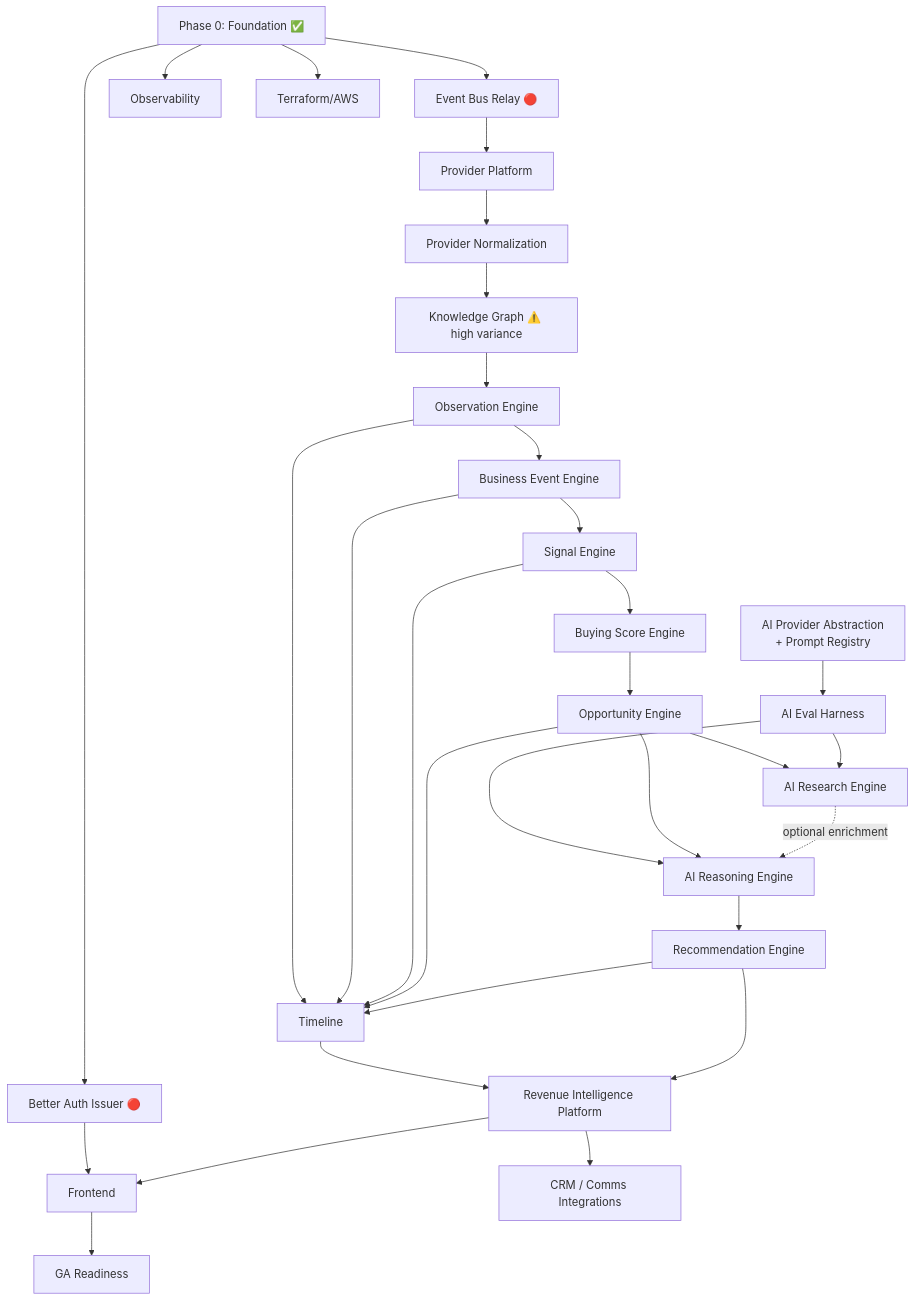
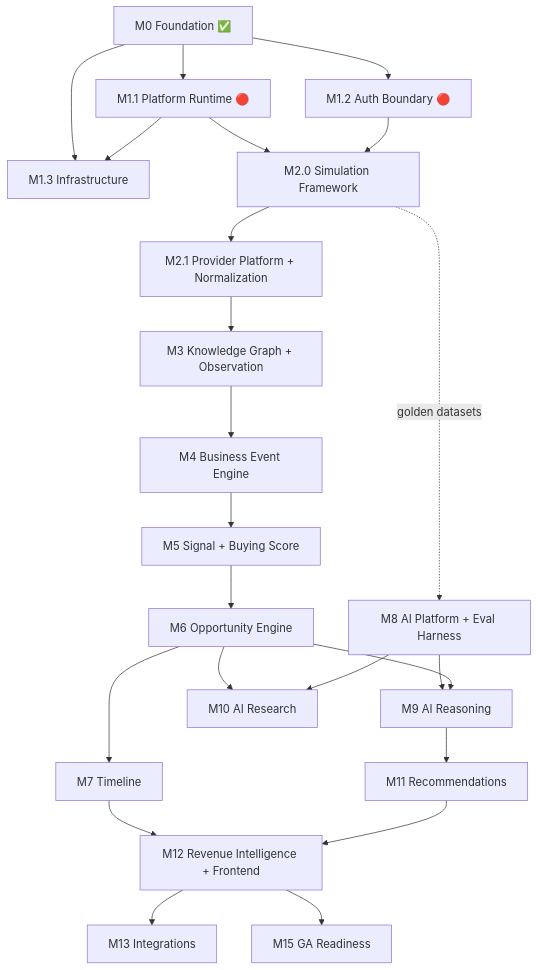
Before and after one commit to GaneshDabhade/Fortune_Signora: the diagram in IMPLEMENTATION_ROADMAP.md, drawn with Mermaid. The commit also changed other lines of this file and 1 other file, not shown here.

First line of the commit message:
Roadmap v2: split M1, add Provider Simulation Framework milestone

````diff
--- a/IMPLEMENTATION_ROADMAP.md
+++ b/IMPLEMENTATION_ROADMAP.md
@@ -232,37 +539,25 @@
 ```mermaid
 flowchart TD
-    P0[Phase 0: Foundation ✅] --> RELAY[Event Bus Relay 🔴]
-    P0 --> AUTH[Better Auth Issuer 🔴]
-    P0 --> OBS[Observability]
-    P0 --> IAC[Terraform/AWS]
-
-    RELAY --> PP[Provider Platform]
-    PP --> PN[Provider Normalization]
-    PN --> KG[Knowledge Graph ⚠️ high variance]
-    KG --> OE[Observation Engine]
-    OE --> BEE[Business Event Engine]
-    BEE --> SE[Signal Engine]
-    SE --> BSE[Buying Score Engine]
-    BSE --> OP[Opportunity Engine]
-
-    AIPL[AI Provider Abstraction<br/>+ Prompt Registry] --> EVAL[AI Eval Harness]
-    EVAL --> AIR[AI Reasoning Engine]
-    OP --> AIR
-    OP --> ARE[AI Research Engine]
-    EVAL --> ARE
-    ARE -.optional enrichment.-> AIR
-    AIR --> RE[Recommendation Engine]
-
-    OE --> TL[Timeline]
-    BEE --> TL
-    SE --> TL
-    OP --> TL
-    RE --> TL
-    TL --> RI[Revenue Intelligence Platform]
-    RE --> RI
-
-    AUTH --> FE[Frontend]
-    RI --> FE
-    FE --> GA[GA Readiness]
-    RI --> INT[CRM / Comms Integrations]
+    M0[M0 Foundation ✅] --> M11[M1.1 Platform Runtime 🔴]
+    M0 --> M12[M1.2 Auth Boundary 🔴]
+    M0 --> M13[M1.3 Infrastructure]
+    M11 --> M13
+    M11 --> M20[M2.0 Simulation Framework]
+    M12 --> M20
+    M20 --> M21[M2.1 Provider Platform + Normalization]
+    M21 --> M3[M3 Knowledge Graph + Observation]
+    M3 --> M4[M4 Business Event Engine]
+    M4 --> M5[M5 Signal + Buying Score]
+    M5 --> M6[M6 Opportunity Engine]
+    M6 --> M7[M7 Timeline]
+    M8[M8 AI Platform + Eval Harness] --> M9[M9 AI Reasoning]
+    M6 --> M9
+    M6 --> M10[M10 AI Research]
+    M8 --> M10
+    M20 -.golden datasets.-> M8
+    M9 --> M11R[M11 Recommendations]
+    M7 --> M12R[M12 Revenue Intelligence + Frontend]
+    M11R --> M12R
+    M12R --> M13I[M13 Integrations]
+    M12R --> M15[M15 GA Readiness]
 ```
````
